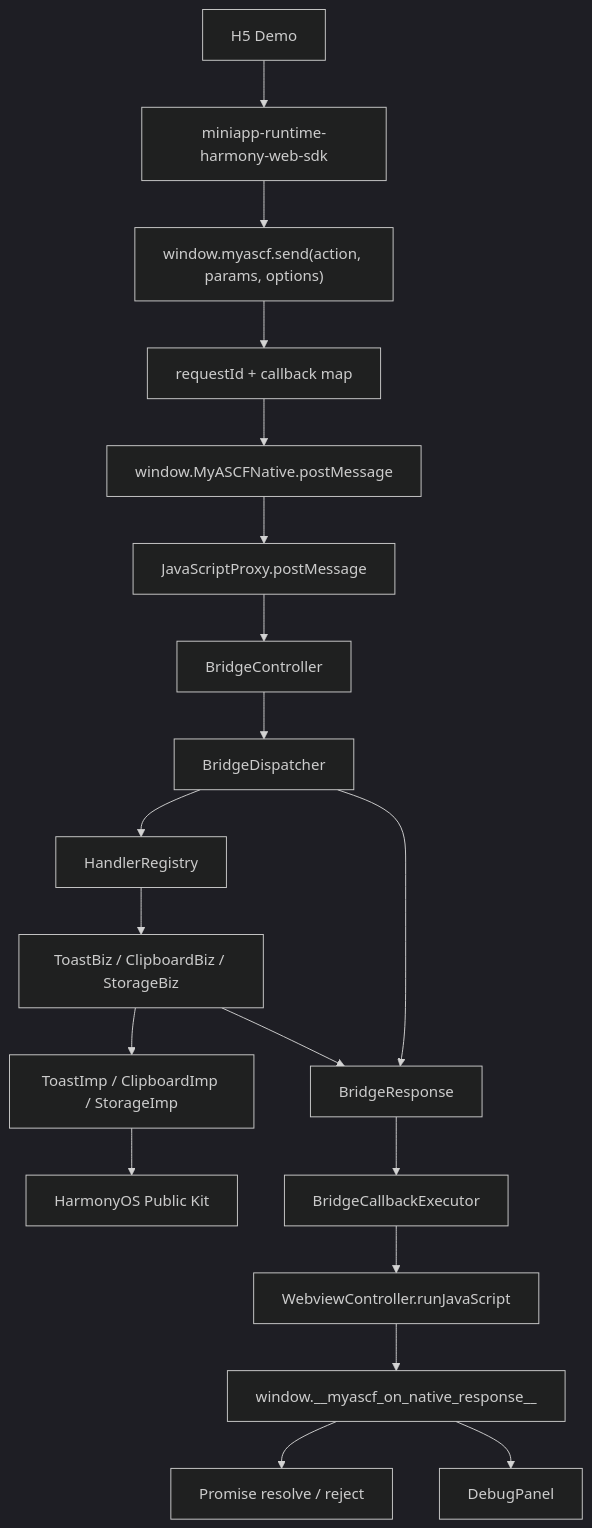
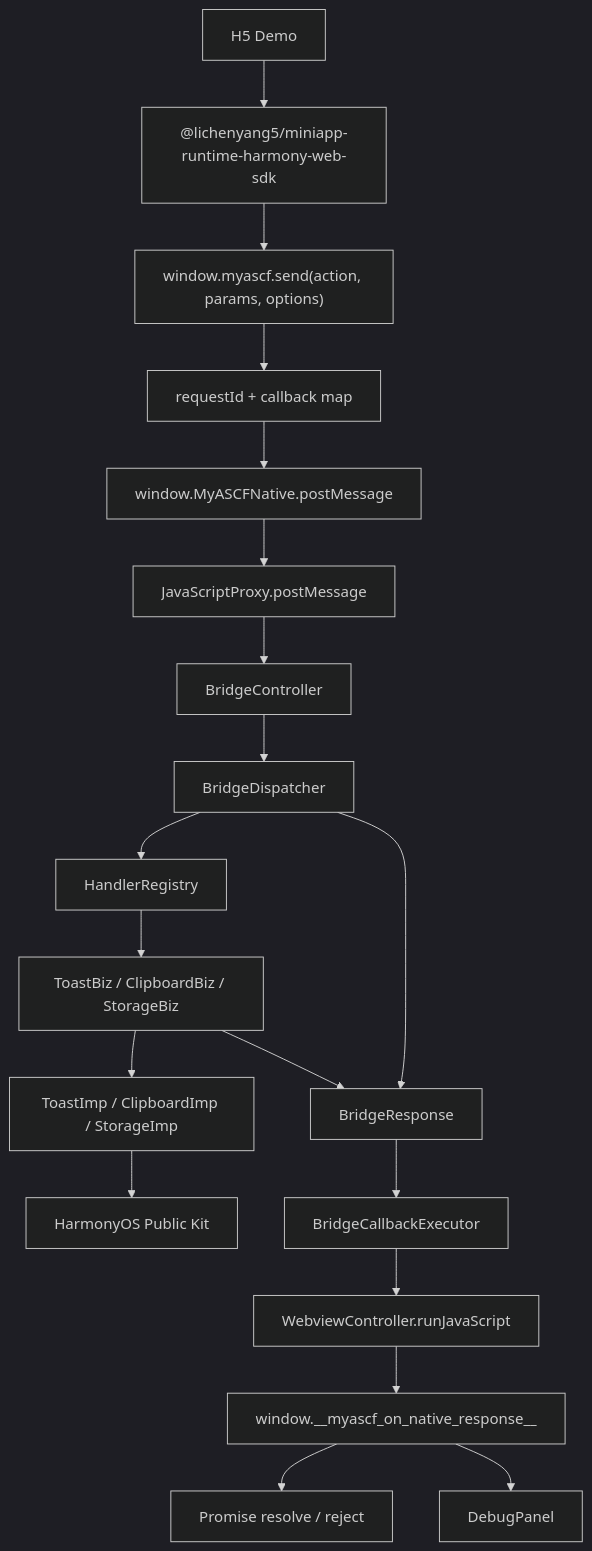
The diagram in docs/architecture/jsbridge-architecture.md (lichenyang5/MiniAppRuntime-Harmony), drawn with Mermaid (dark theme) before and after one commit. The commit also changed 69 other files, not shown here.

````diff
--- a/docs/architecture/jsbridge-architecture.md
+++ b/docs/architecture/jsbridge-architecture.md
@@ -7,21 +7,21 @@
 ```mermaid
 flowchart TD
-  H5["H5 Demo"] --> SDK["miniapp-runtime-harmony-web-sdk"]
+  H5["H5 Demo"] --> SDK["@lichenyang5/miniapp-runtime-harmony-web-sdk"]
   SDK --> Send["window.myascf.send(action, params, options)"]
   Send --> Request["requestId + callback map"]
   Request --> Native["window.MyASCFNative.postMessage"]
   Native --> Proxy["JavaScriptProxy.postMessage"]
   Proxy --> Controller["BridgeController"]
   Controller --> Dispatcher["BridgeDispatcher"]
   Dispatcher --> Registry["HandlerRegistry"]
   Registry --> Biz["ToastBiz / ClipboardBiz / StorageBiz"]
   Biz --> Imp["ToastImp / ClipboardImp / StorageImp"]
   Imp --> Kit["HarmonyOS Public Kit"]
   Biz --> Response["BridgeResponse"]
   Dispatcher --> Response
   Response --> Callback["BridgeCallbackExecutor"]
   Callback --> RunJS["WebviewController.runJavaScript"]
   RunJS --> H5Callback["window.__myascf_on_native_response__"]
   H5Callback --> Promise["Promise resolve / reject"]
   H5Callback --> Debug["DebugPanel"]
 ```
````
